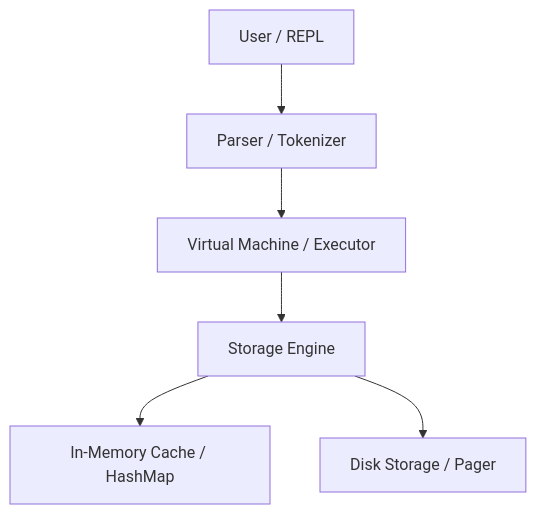
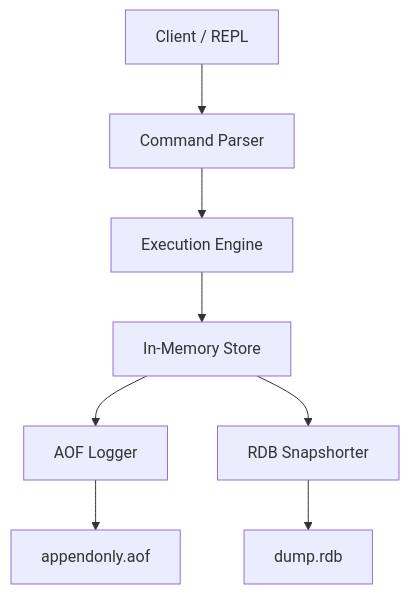
The diagram in ARCHITECTURE.md (drumilbhati/RustDB), drawn with Mermaid before and after one commit. The commit also changed other lines of this file and 2 other files, not shown here.

First line of the commit message:
Update docs to Redis-like architecture and roadmap

````diff
--- a/ARCHITECTURE.md
+++ b/ARCHITECTURE.md
@@ -9,8 +9,10 @@
 ```mermaid
 graph TD
-    A[User / REPL] --> B[Parser / Tokenizer]
-    B --> C[Virtual Machine / Executor]
-    C --> D[Storage Engine]
-    D --> E[In-Memory Cache / HashMap]
-    D --> F[Disk Storage / Pager]
+    A[Client / REPL] --> B[Command Parser]
+    B --> C[Execution Engine]
+    C --> D[In-Memory Store]
+    D --> E[AOF Logger]
+    D --> F[RDB Snapshorter]
+    E --> G[appendonly.aof]
+    F --> H[dump.rdb]
 ```
````
